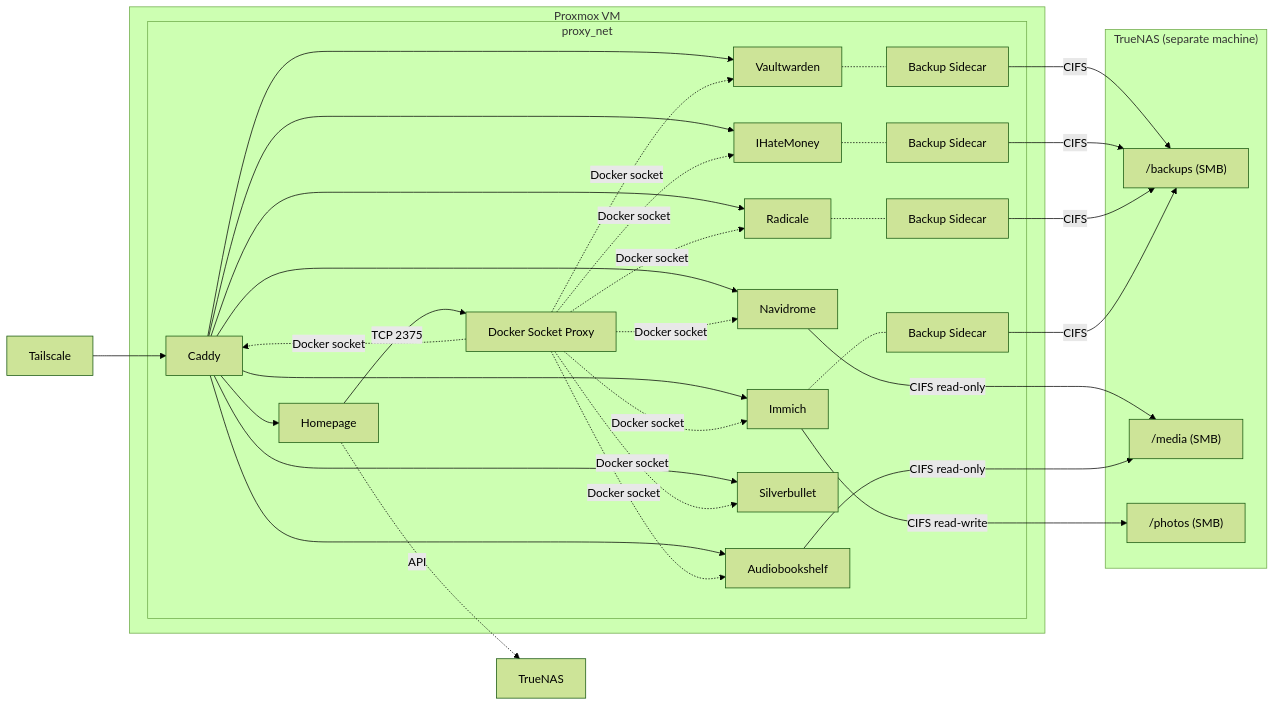
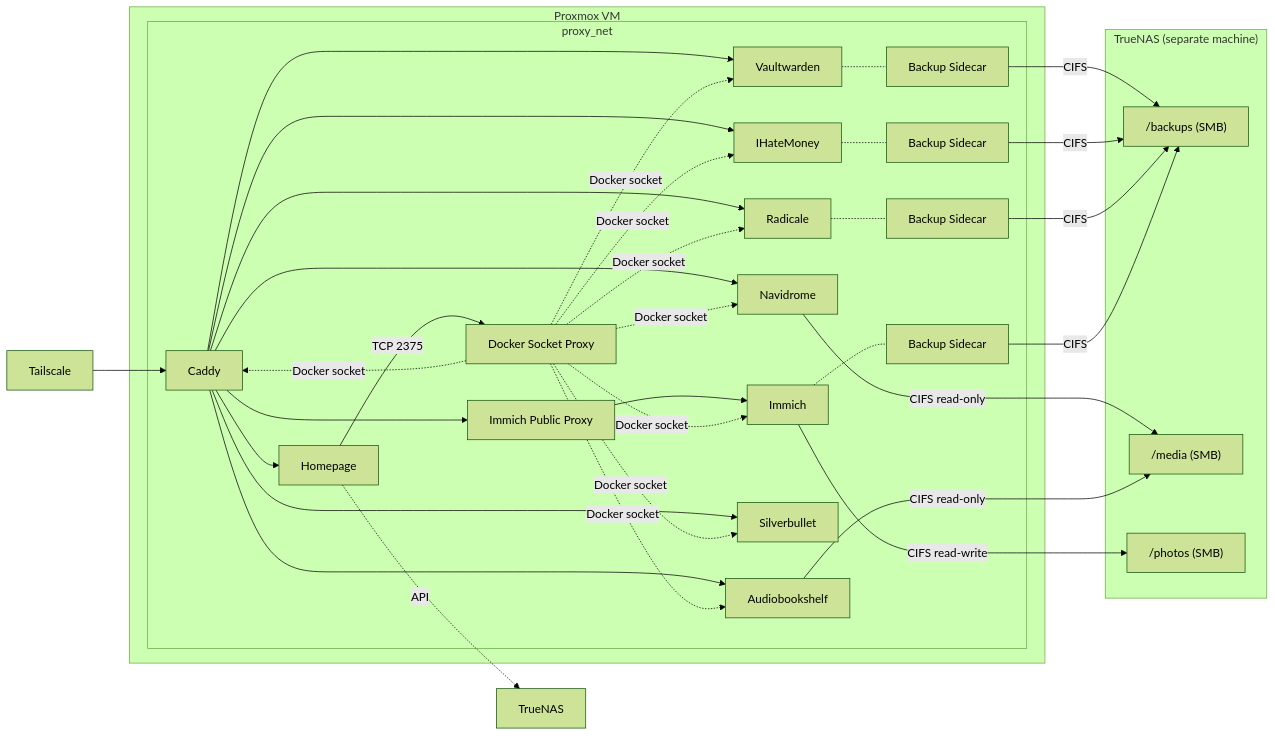
One commit to masolnada/homelab changed the first of 2 diagrams in README.md. Above: the diagram before and after it, drawn with Mermaid (forest theme). The commit also changed other lines of this file and 2 other files, not shown here.

Commit message:
feat: add immich-public-proxy for public album sharing at share.<DOMAIN>

````diff
--- a/README.md
+++ b/README.md
@@ -7,47 +7,48 @@
 ```mermaid
 graph LR
     TS[Tailscale] --> Caddy
 
     subgraph VM["Proxmox VM"]
         subgraph proxy_net
             Caddy --> Homepage
             Caddy --> Vaultwarden
             Caddy --> Navidrome
             Caddy --> Audiobookshelf
             Caddy --> IHateMoney
             Caddy --> Radicale
             Caddy --> Silverbullet
-            Caddy --> Immich[Immich]
+            Caddy --> ImmichProxy[Immich Public Proxy]
+            ImmichProxy --> Immich[Immich]
             Homepage -->|TCP 2375| DockerProxy[Docker Socket Proxy]
             DockerProxy -.->|Docker socket| Caddy
             DockerProxy -.->|Docker socket| Vaultwarden
             DockerProxy -.->|Docker socket| Navidrome
             DockerProxy -.->|Docker socket| Audiobookshelf
             DockerProxy -.->|Docker socket| IHateMoney
             DockerProxy -.->|Docker socket| Radicale
             DockerProxy -.->|Docker socket| Silverbullet
             DockerProxy -.->|Docker socket| Immich
             Vaultwarden -.- Backup[Backup Sidecar]
             IHateMoney -.- IHMBackup[Backup Sidecar]
             Radicale -.- RadBackup[Backup Sidecar]
             Immich -.- ImmichBackup[Backup Sidecar]
         end
     end
 
     subgraph NAS["TrueNAS (separate machine)"]
         backups["/backups (SMB)"]
         media["/media (SMB)"]
         photos["/photos (SMB)"]
     end
 
     Homepage -.->|API| TrueNAS
 
     Backup -->|CIFS| backups
     IHMBackup -->|CIFS| backups
     RadBackup -->|CIFS| backups
     ImmichBackup -->|CIFS| backups
 
     Navidrome -->|CIFS read-only| media
     Audiobookshelf -->|CIFS read-only| media
     Immich -->|CIFS read-write| photos
 ```
````
